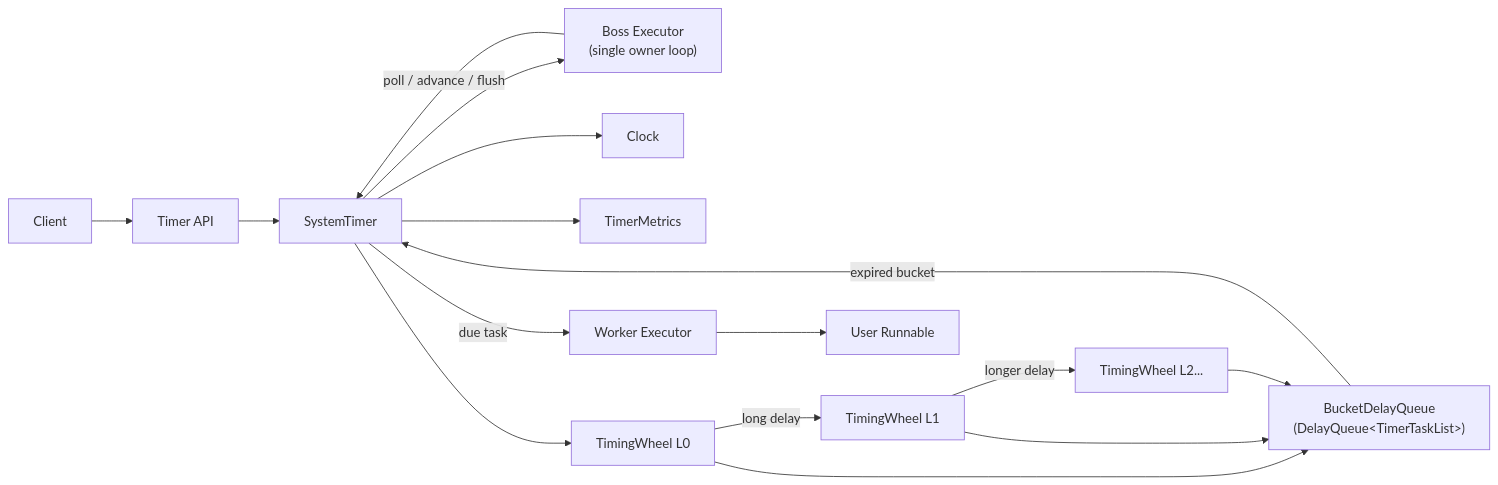
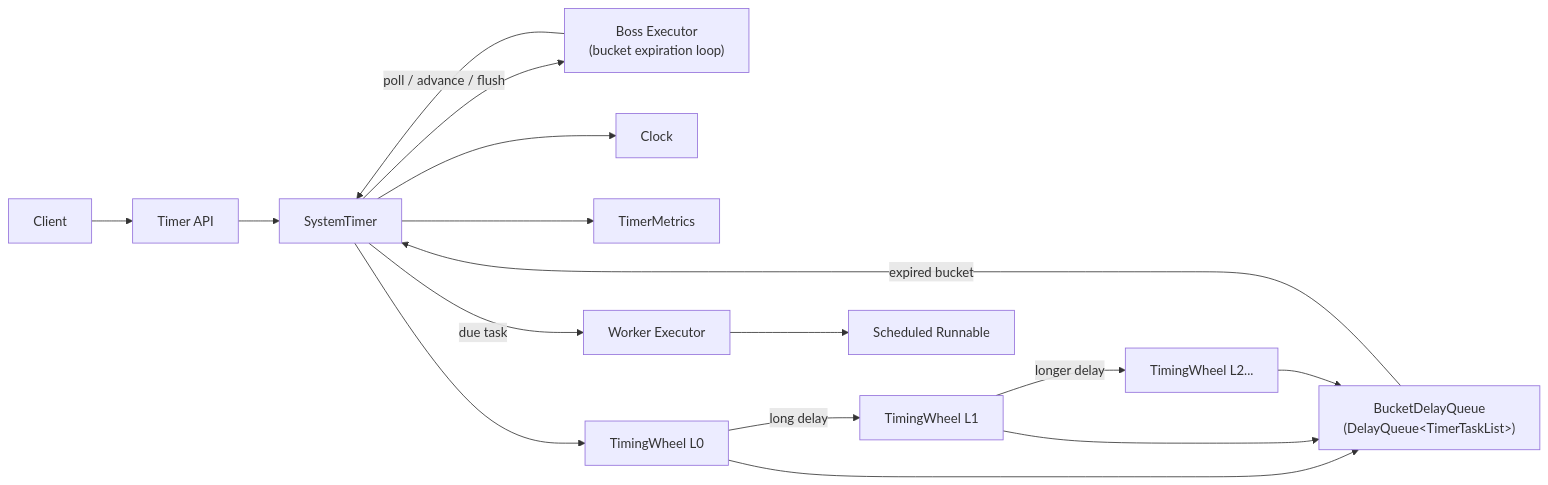
One commit to photowey/timewheel4j changed the diagram in README.md. Above: the diagram before and after it, drawn with Mermaid. The commit also changed other lines of this file and 3 other files, not shown here.

````diff
--- a/README.md
+++ b/README.md
@@ -133,31 +129,31 @@
 ```mermaid
 flowchart LR
     Client["Client"]
     Timer["Timer API"]
     SystemTimer["SystemTimer"]
-    Boss["Boss Executor<br/>(single owner loop)"]
+    Boss["Boss Executor<br/>(bucket expiration loop)"]
     Clock["Clock"]
     Metrics["TimerMetrics"]
     DelayQueue["BucketDelayQueue<br/>(DelayQueue&lt;TimerTaskList&gt;)"]
     L0["TimingWheel L0"]
     L1["TimingWheel L1"]
     L2["TimingWheel L2..."]
     Worker["Worker Executor"]
-    Task["User Runnable"]
+    Task["Scheduled Runnable"]
 
     Client --> Timer
     Timer --> SystemTimer
     SystemTimer --> Boss
     Boss -->|"poll / advance / flush"| SystemTimer
     SystemTimer --> Clock
     SystemTimer --> Metrics
     SystemTimer --> L0
     L0 -->|"long delay"| L1
     L1 -->|"longer delay"| L2
     L0 --> DelayQueue
     L1 --> DelayQueue
     L2 --> DelayQueue
     DelayQueue -->|"expired bucket"| SystemTimer
     SystemTimer -->|"due task"| Worker
     Worker --> Task
 ```
````
